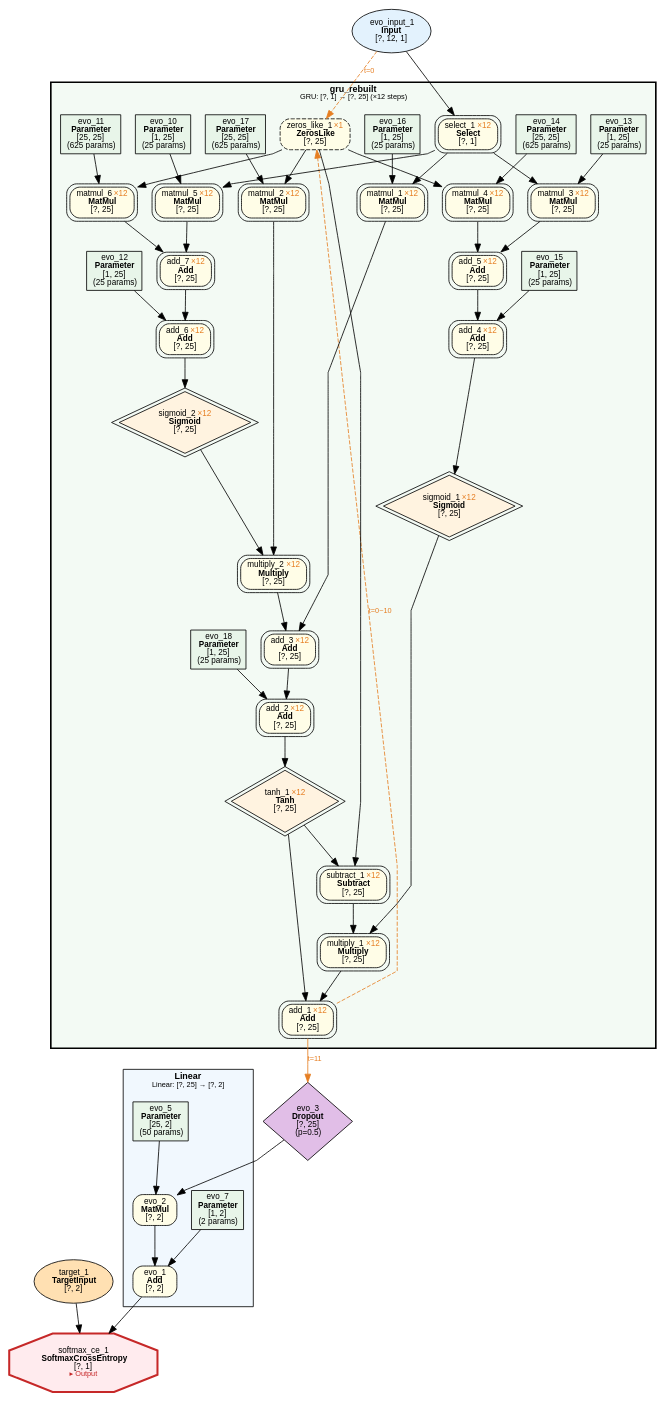
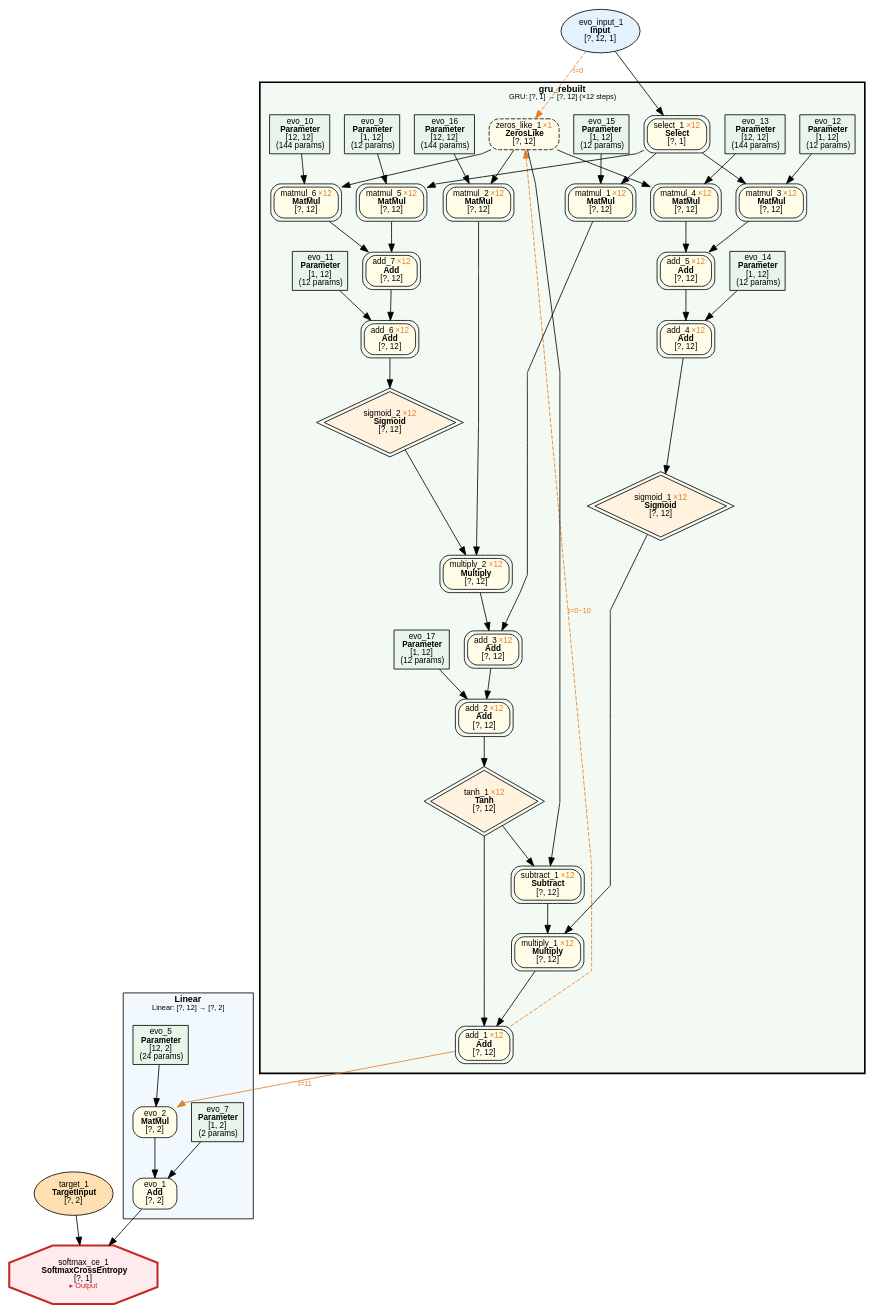
One commit to dbsxdbsx/only_torch changed the diagram in examples/evolution/parity_seq_var_len/evolution_parity_seq_var_len.dot. Above: the diagram before and after it, drawn with Graphviz. The commit also changed 32 other files, not shown here.

```diff
--- a/examples/evolution/parity_seq_var_len/evolution_parity_seq_var_len.dot
+++ b/examples/evolution/parity_seq_var_len/evolution_parity_seq_var_len.dot
@@ -6,7 +6,7 @@
     edge [fontname="Microsoft YaHei,SimHei,Arial"];
 
     subgraph cluster_group_linear_1 {
-        label=<<B>Linear</B><BR/><FONT POINT-SIZE="9">Linear: [?, 25] → [?, 2]</FONT>>;
+        label=<<B>Linear</B><BR/><FONT POINT-SIZE="9">Linear: [?, 12] → [?, 2]</FONT>>;
         style=filled;
         fillcolor="#E3F2FD80";
         fontname="Microsoft YaHei,SimHei,Arial";
@@ -15,11 +15,11 @@
             "2" [label=<evo_1<BR/><B>Add</B><BR/>[?, 2]> shape=box style="filled,rounded" fillcolor="#FFFDE7" fontsize=10];
             "4" [label=<evo_2<BR/><B>MatMul</B><BR/>[?, 2]> shape=box style="filled,rounded" fillcolor="#FFFDE7" fontsize=10];
             "5" [label=<evo_7<BR/><B>Parameter</B><BR/>[1, 2]<BR/>(2 params)> shape=box style=filled fillcolor="#E8F5E9" fontsize=10];
-            "7" [label=<evo_5<BR/><B>Parameter</B><BR/>[25, 2]<BR/>(50 params)> shape=box style=filled fillcolor="#E8F5E9" fontsize=10];
+            "6" [label=<evo_5<BR/><B>Parameter</B><BR/>[12, 2]<BR/>(24 params)> shape=box style=filled fillcolor="#E8F5E9" fontsize=10];
     }
 
     subgraph cluster_group_gru_0 {
-        label=<<B>gru_rebuilt</B><BR/><FONT POINT-SIZE="9">GRU: [?, 1] → [?, 25] (×12 steps)</FONT>>;
+        label=<<B>gru_rebuilt</B><BR/><FONT POINT-SIZE="9">GRU: [?, 1] → [?, 12] (×12 steps)</FONT>>;
         style="filled,bold";
         peripheries=3;
         penwidth=2;
@@ -27,86 +27,84 @@
         fontname="Microsoft YaHei,SimHei,Arial";
         fontsize=11;
         margin=12;
-            "8" [label=<evo_18<BR/><B>Parameter</B><BR/>[1, 25]<BR/>(25 params)> shape=box style=filled fillcolor="#E8F5E9" fontsize=10];
-            "9" [label=<evo_15<BR/><B>Parameter</B><BR/>[1, 25]<BR/>(25 params)> shape=box style=filled fillcolor="#E8F5E9" fontsize=10];
-            "10" [label=<evo_16<BR/><B>Parameter</B><BR/>[1, 25]<BR/>(25 params)> shape=box style=filled fillcolor="#E8F5E9" fontsize=10];
-            "12" [label=<evo_17<BR/><B>Parameter</B><BR/>[25, 25]<BR/>(625 params)> shape=box style=filled fillcolor="#E8F5E9" fontsize=10];
-            "13" [label=<evo_13<BR/><B>Parameter</B><BR/>[1, 25]<BR/>(25 params)> shape=box style=filled fillcolor="#E8F5E9" fontsize=10];
-            "14" [label=<evo_14<BR/><B>Parameter</B><BR/>[25, 25]<BR/>(625 params)> shape=box style=filled fillcolor="#E8F5E9" fontsize=10];
-            "15" [label=<evo_12<BR/><B>Parameter</B><BR/>[1, 25]<BR/>(25 params)> shape=box style=filled fillcolor="#E8F5E9" fontsize=10];
-            "16" [label=<evo_10<BR/><B>Parameter</B><BR/>[1, 25]<BR/>(25 params)> shape=box style=filled fillcolor="#E8F5E9" fontsize=10];
-            "17" [label=<evo_11<BR/><B>Parameter</B><BR/>[25, 25]<BR/>(625 params)> shape=box style=filled fillcolor="#E8F5E9" fontsize=10];
-            "18" [label=<add_1 <FONT COLOR="#E67E22">×12</FONT><BR/><B>Add</B><BR/>[?, 25]> shape=box style="filled,rounded" fillcolor="#FFFDE7" fontsize=10 peripheries=2];
-            "19" [label=<tanh_1 <FONT COLOR="#E67E22">×12</FONT><BR/><B>Tanh</B><BR/>[?, 25]> shape=diamond style=filled fillcolor="#FFF3E0" fontsize=10 peripheries=2];
-            "20" [label=<multiply_1 <FONT COLOR="#E67E22">×12</FONT><BR/><B>Multiply</B><BR/>[?, 25]> shape=box style="filled,rounded" fillcolor="#FFFDE7" fontsize=10 peripheries=2];
-            "21" [label=<add_2 <FONT COLOR="#E67E22">×12</FONT><BR/><B>Add</B><BR/>[?, 25]> shape=box style="filled,rounded" fillcolor="#FFFDE7" fontsize=10 peripheries=2];
-            "22" [label=<sigmoid_1 <FONT COLOR="#E67E22">×12</FONT><BR/><B>Sigmoid</B><BR/>[?, 25]> shape=diamond style=filled fillcolor="#FFF3E0" fontsize=10 peripheries=2];
-            "23" [label=<subtract_1 <FONT COLOR="#E67E22">×12</FONT><BR/><B>Subtract</B><BR/>[?, 25]> shape=box style="filled,rounded" fillcolor="#FFFDE7" fontsize=10 peripheries=2];
-            "24" [label=<add_3 <FONT COLOR="#E67E22">×12</FONT><BR/><B>Add</B><BR/>[?, 25]> shape=box style="filled,rounded" fillcolor="#FFFDE7" fontsize=10 peripheries=2];
-            "25" [label=<add_4 <FONT COLOR="#E67E22">×12</FONT><BR/><B>Add</B><BR/>[?, 25]> shape=box style="filled,rounded" fillcolor="#FFFDE7" fontsize=10 peripheries=2];
-            "26" [label=<zeros_like_1 <FONT COLOR="#E67E22">×1</FONT><BR/><B>ZerosLike</B><BR/>[?, 25]> shape=box style="filled,rounded,dashed" fillcolor="#FFFDE7" fontsize=10];
-            "27" [label=<matmul_1 <FONT COLOR="#E67E22">×12</FONT><BR/><B>MatMul</B><BR/>[?, 25]> shape=box style="filled,rounded" fillcolor="#FFFDE7" fontsize=10 peripheries=2];
-            "28" [label=<multiply_2 <FONT COLOR="#E67E22">×12</FONT><BR/><B>Multiply</B><BR/>[?, 25]> shape=box style="filled,rounded" fillcolor="#FFFDE7" fontsize=10 peripheries=2];
-            "29" [label=<add_5 <FONT COLOR="#E67E22">×12</FONT><BR/><B>Add</B><BR/>[?, 25]> shape=box style="filled,rounded" fillcolor="#FFFDE7" fontsize=10 peripheries=2];
-            "30" [label=<select_1 <FONT COLOR="#E67E22">×12</FONT><BR/><B>Select</B><BR/>[?, 1]> shape=box style="filled,rounded" fillcolor="#FFFDE7" fontsize=10 peripheries=2];
-            "31" [label=<sigmoid_2 <FONT COLOR="#E67E22">×12</FONT><BR/><B>Sigmoid</B><BR/>[?, 25]> shape=diamond style=filled fillcolor="#FFF3E0" fontsize=10 peripheries=2];
-            "32" [label=<matmul_2 <FONT COLOR="#E67E22">×12</FONT><BR/><B>MatMul</B><BR/>[?, 25]> shape=box style="filled,rounded" fillcolor="#FFFDE7" fontsize=10 peripheries=2];
-            "33" [label=<matmul_3 <FONT COLOR="#E67E22">×12</FONT><BR/><B>MatMul</B><BR/>[?, 25]> shape=box style="filled,rounded" fillcolor="#FFFDE7" fontsize=10 peripheries=2];
-            "34" [label=<matmul_4 <FONT COLOR="#E67E22">×12</FONT><BR/><B>MatMul</B><BR/>[?, 25]> shape=box style="filled,rounded" fillcolor="#FFFDE7" fontsize=10 peripheries=2];
-            "35" [label=<add_6 <FONT COLOR="#E67E22">×12</FONT><BR/><B>Add</B><BR/>[?, 25]> shape=box style="filled,rounded" fillcolor="#FFFDE7" fontsize=10 peripheries=2];
-            "36" [label=<add_7 <FONT COLOR="#E67E22">×12</FONT><BR/><B>Add</B><BR/>[?, 25]> shape=box style="filled,rounded" fillcolor="#FFFDE7" fontsize=10 peripheries=2];
-            "37" [label=<matmul_5 <FONT COLOR="#E67E22">×12</FONT><BR/><B>MatMul</B><BR/>[?, 25]> shape=box style="filled,rounded" fillcolor="#FFFDE7" fontsize=10 peripheries=2];
-            "38" [label=<matmul_6 <FONT COLOR="#E67E22">×12</FONT><BR/><B>MatMul</B><BR/>[?, 25]> shape=box style="filled,rounded" fillcolor="#FFFDE7" fontsize=10 peripheries=2];
+            "7" [label=<evo_17<BR/><B>Parameter</B><BR/>[1, 12]<BR/>(12 params)> shape=box style=filled fillcolor="#E8F5E9" fontsize=10];
+            "8" [label=<evo_14<BR/><B>Parameter</B><BR/>[1, 12]<BR/>(12 params)> shape=box style=filled fillcolor="#E8F5E9" fontsize=10];
+            "9" [label=<evo_15<BR/><B>Parameter</B><BR/>[1, 12]<BR/>(12 params)> shape=box style=filled fillcolor="#E8F5E9" fontsize=10];
+            "11" [label=<evo_16<BR/><B>Parameter</B><BR/>[12, 12]<BR/>(144 params)> shape=box style=filled fillcolor="#E8F5E9" fontsize=10];
+            "12" [label=<evo_12<BR/><B>Parameter</B><BR/>[1, 12]<BR/>(12 params)> shape=box style=filled fillcolor="#E8F5E9" fontsize=10];
+            "13" [label=<evo_13<BR/><B>Parameter</B><BR/>[12, 12]<BR/>(144 params)> shape=box style=filled fillcolor="#E8F5E9" fontsize=10];
+            "14" [label=<evo_11<BR/><B>Parameter</B><BR/>[1, 12]<BR/>(12 params)> shape=box style=filled fillcolor="#E8F5E9" fontsize=10];
+            "15" [label=<evo_9<BR/><B>Parameter</B><BR/>[1, 12]<BR/>(12 params)> shape=box style=filled fillcolor="#E8F5E9" fontsize=10];
+            "16" [label=<evo_10<BR/><B>Parameter</B><BR/>[12, 12]<BR/>(144 params)> shape=box style=filled fillcolor="#E8F5E9" fontsize=10];
+            "17" [label=<add_1 <FONT COLOR="#E67E22">×12</FONT><BR/><B>Add</B><BR/>[?, 12]> shape=box style="filled,rounded" fillcolor="#FFFDE7" fontsize=10 peripheries=2];
+            "18" [label=<tanh_1 <FONT COLOR="#E67E22">×12</FONT><BR/><B>Tanh</B><BR/>[?, 12]> shape=diamond style=filled fillcolor="#FFF3E0" fontsize=10 peripheries=2];
+            "19" [label=<multiply_1 <FONT COLOR="#E67E22">×12</FONT><BR/><B>Multiply</B><BR/>[?, 12]> shape=box style="filled,rounded" fillcolor="#FFFDE7" fontsize=10 peripheries=2];
+            "20" [label=<add_2 <FONT COLOR="#E67E22">×12</FONT><BR/><B>Add</B><BR/>[?, 12]> shape=box style="filled,rounded" fillcolor="#FFFDE7" fontsize=10 peripheries=2];
+            "21" [label=<sigmoid_1 <FONT COLOR="#E67E22">×12</FONT><BR/><B>Sigmoid</B><BR/>[?, 12]> shape=diamond style=filled fillcolor="#FFF3E0" fontsize=10 peripheries=2];
+            "22" [label=<subtract_1 <FONT COLOR="#E67E22">×12</FONT><BR/><B>Subtract</B><BR/>[?, 12]> shape=box style="filled,rounded" fillcolor="#FFFDE7" fontsize=10 peripheries=2];
+            "23" [label=<add_3 <FONT COLOR="#E67E22">×12</FONT><BR/><B>Add</B><BR/>[?, 12]> shape=box style="filled,rounded" fillcolor="#FFFDE7" fontsize=10 peripheries=2];
+            "24" [label=<add_4 <FONT COLOR="#E67E22">×12</FONT><BR/><B>Add</B><BR/>[?, 12]> shape=box style="filled,rounded" fillcolor="#FFFDE7" fontsize=10 peripheries=2];
+            "25" [label=<zeros_like_1 <FONT COLOR="#E67E22">×1</FONT><BR/><B>ZerosLike</B><BR/>[?, 12]> shape=box style="filled,rounded,dashed" fillcolor="#FFFDE7" fontsize=10];
+            "26" [label=<matmul_1 <FONT COLOR="#E67E22">×12</FONT><BR/><B>MatMul</B><BR/>[?, 12]> shape=box style="filled,rounded" fillcolor="#FFFDE7" fontsize=10 peripheries=2];
+            "27" [label=<multiply_2 <FONT COLOR="#E67E22">×12</FONT><BR/><B>Multiply</B><BR/>[?, 12]> shape=box style="filled,rounded" fillcolor="#FFFDE7" fontsize=10 peripheries=2];
+            "28" [label=<add_5 <FONT COLOR="#E67E22">×12</FONT><BR/><B>Add</B><BR/>[?, 12]> shape=box style="filled,rounded" fillcolor="#FFFDE7" fontsize=10 peripheries=2];
+            "29" [label=<select_1 <FONT COLOR="#E67E22">×12</FONT><BR/><B>Select</B><BR/>[?, 1]> shape=box style="filled,rounded" fillcolor="#FFFDE7" fontsize=10 peripheries=2];
+            "30" [label=<sigmoid_2 <FONT COLOR="#E67E22">×12</FONT><BR/><B>Sigmoid</B><BR/>[?, 12]> shape=diamond style=filled fillcolor="#FFF3E0" fontsize=10 peripheries=2];
+            "31" [label=<matmul_2 <FONT COLOR="#E67E22">×12</FONT><BR/><B>MatMul</B><BR/>[?, 12]> shape=box style="filled,rounded" fillcolor="#FFFDE7" fontsize=10 peripheries=2];
+            "32" [label=<matmul_3 <FONT COLOR="#E67E22">×12</FONT><BR/><B>MatMul</B><BR/>[?, 12]> shape=box style="filled,rounded" fillcolor="#FFFDE7" fontsize=10 peripheries=2];
+            "33" [label=<matmul_4 <FONT COLOR="#E67E22">×12</FONT><BR/><B>MatMul</B><BR/>[?, 12]> shape=box style="filled,rounded" fillcolor="#FFFDE7" fontsize=10 peripheries=2];
+            "34" [label=<add_6 <FONT COLOR="#E67E22">×12</FONT><BR/><B>Add</B><BR/>[?, 12]> shape=box style="filled,rounded" fillcolor="#FFFDE7" fontsize=10 peripheries=2];
+            "35" [label=<add_7 <FONT COLOR="#E67E22">×12</FONT><BR/><B>Add</B><BR/>[?, 12]> shape=box style="filled,rounded" fillcolor="#FFFDE7" fontsize=10 peripheries=2];
+            "36" [label=<matmul_5 <FONT COLOR="#E67E22">×12</FONT><BR/><B>MatMul</B><BR/>[?, 12]> shape=box style="filled,rounded" fillcolor="#FFFDE7" fontsize=10 peripheries=2];
+            "37" [label=<matmul_6 <FONT COLOR="#E67E22">×12</FONT><BR/><B>MatMul</B><BR/>[?, 12]> shape=box style="filled,rounded" fillcolor="#FFFDE7" fontsize=10 peripheries=2];
     }
 
     "1" [label=<softmax_ce_1<BR/><B>SoftmaxCrossEntropy</B><BR/>[?, 1]<BR/><FONT COLOR="#C62828" POINT-SIZE="9">▸ Output</FONT>> shape=octagon style=filled fillcolor="#FFEBEE" fontsize=10 penwidth=2.5 color="#C62828"];
     "3" [label=<target_1<BR/><B>TargetInput</B><BR/>[?, 2]> shape=ellipse style=filled fillcolor="#FFE0B2" fontsize=10];
-    "6" [label=<evo_3<BR/><B>Dropout</B><BR/>[?, 25]<BR/>(p=0.5)> shape=diamond style=filled fillcolor="#E1BEE7" fontsize=10];
-    "11" [label=<evo_input_1<BR/><B>Input</B><BR/>[?, 12, 1]> shape=ellipse style=filled fillcolor="#E3F2FD" fontsize=10];
+    "10" [label=<evo_input_1<BR/><B>Input</B><BR/>[?, 12, 1]> shape=ellipse style=filled fillcolor="#E3F2FD" fontsize=10];
 
     "2" -> "1";
     "3" -> "1";
     "4" -> "2";
     "5" -> "2";
+    "17" -> "4" [ color="#E67E22" label=<t=11> fontcolor="#E67E22" fontsize=9];
     "6" -> "4";
-    "7" -> "4";
-    "18" -> "6" [ color="#E67E22" label=<t=11> fontcolor="#E67E22" fontsize=9];
-    "19" -> "18";
+    "18" -> "17";
+    "19" -> "17";
     "20" -> "18";
     "21" -> "19";
-    "22" -> "20";
+    "22" -> "19";
     "23" -> "20";
+    "7" -> "20";
     "24" -> "21";
-    "8" -> "21";
     "25" -> "22";
+    "18" -> "22";
     "26" -> "23";
-    "19" -> "23";
-    "27" -> "24";
+    "27" -> "23";
     "28" -> "24";
-    "29" -> "25";
-    "9" -> "25";
-    "11" -> "26" [ style=dashed color="#E67E22" label=<t=0> fontcolor="#E67E22" fontsize=9];
+    "8" -> "24";
+    "10" -> "25" [ style=dashed color="#E67E22" label=<t=0> fontcolor="#E67E22" fontsize=9];
+    "29" -> "26";
+    "9" -> "26";
     "30" -> "27";
-    "10" -> "27";
-    "31" -> "28";
+    "31" -> "27";
     "32" -> "28";
-    "33" -> "29";
-    "34" -> "29";
-    "11" -> "30";
-    "35" -> "31";
-    "26" -> "32";
+    "33" -> "28";
+    "10" -> "29";
+    "34" -> "30";
+    "25" -> "31";
+    "11" -> "31";
+    "29" -> "32";
     "12" -> "32";
-    "30" -> "33";
+    "25" -> "33";
     "13" -> "33";
-    "26" -> "34";
+    "35" -> "34";
     "14" -> "34";
     "36" -> "35";
-    "15" -> "35";
-    "37" -> "36";
-    "38" -> "36";
-    "30" -> "37";
+    "37" -> "35";
+    "29" -> "36";
+    "15" -> "36";
+    "25" -> "37";
     "16" -> "37";
-    "26" -> "38";
-    "17" -> "38";
-    "18" -> "26" [style=dashed color="#E67E22" label=<t=0~10> fontcolor="#E67E22" fontsize=9 constraint=false];
+    "17" -> "25" [style=dashed color="#E67E22" label=<t=0~10> fontcolor="#E67E22" fontsize=9 constraint=false];
 }
```
